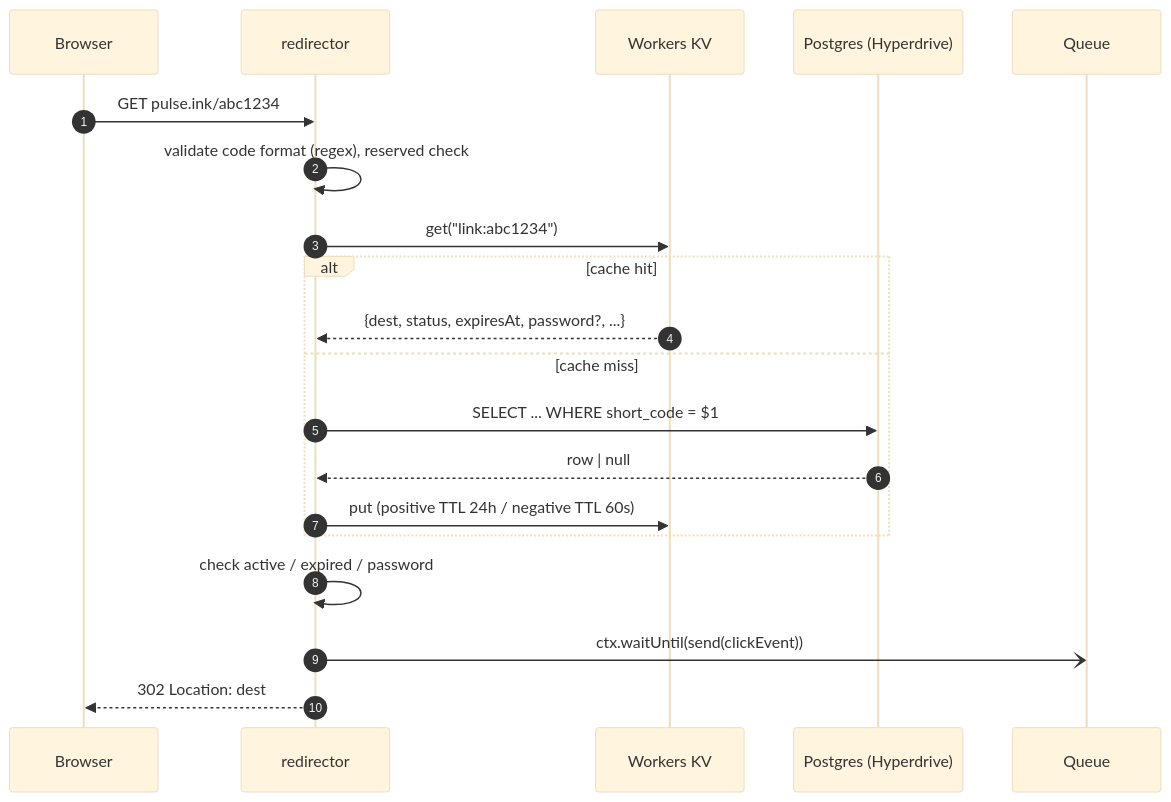
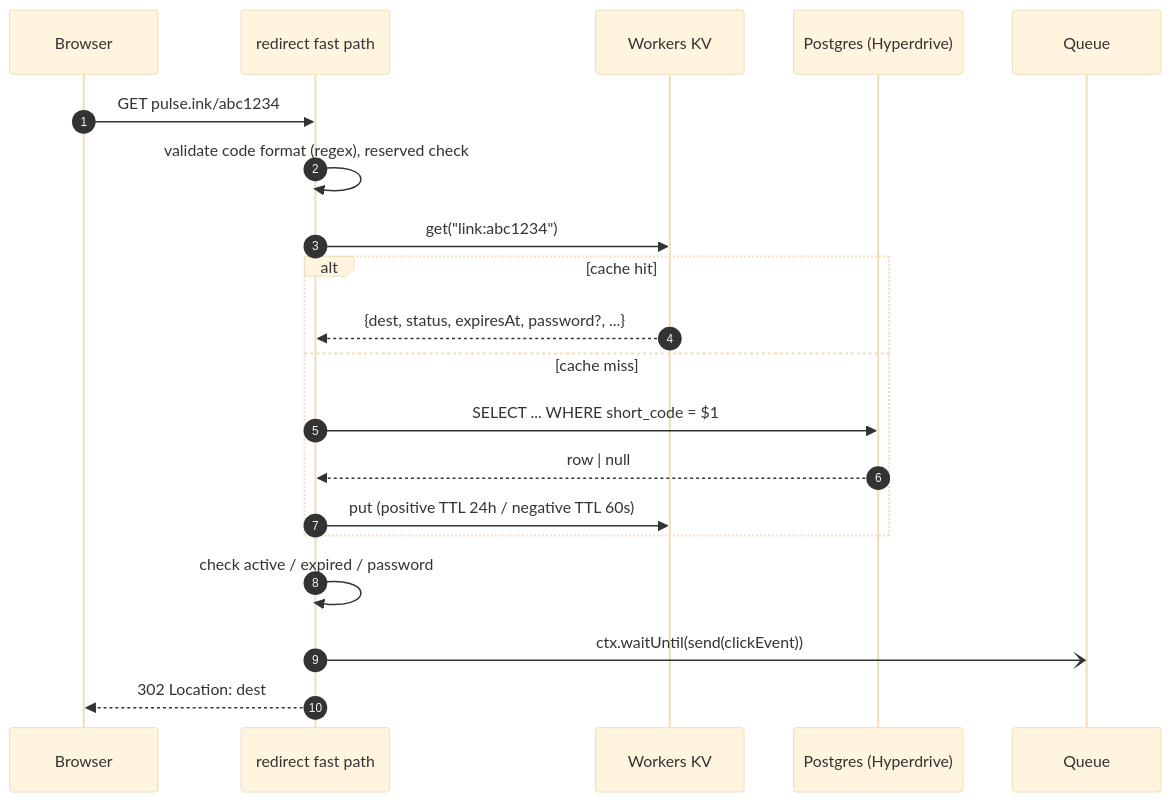
The second of 6 diagrams in docs/ARCHITECTURE.md (devxsameer/pulse), drawn with Mermaid (base theme) before and after one commit. The commit also changed other lines of this file and 4 other files, not shown here.

Commit message:
docs: update architecture to reflect the integration of a redirect fast path in the web Worker and add new ADR for this decision

````diff
--- a/docs/ARCHITECTURE.md
+++ b/docs/ARCHITECTURE.md
@@ -244,23 +249,23 @@
 ```mermaid
 sequenceDiagram
     autonumber
     participant B as Browser
-    participant R as redirector
+    participant R as redirect fast path
     participant KV as Workers KV
     participant DB as Postgres (Hyperdrive)
     participant Q as Queue
 
     B->>R: GET pulse.ink/abc1234
     R->>R: validate code format (regex), reserved check
     R->>KV: get("link:abc1234")
     alt cache hit
         KV-->>R: {dest, status, expiresAt, password?, ...}
     else cache miss
         R->>DB: SELECT ... WHERE short_code = $1
         DB-->>R: row | null
         R->>KV: put (positive TTL 24h / negative TTL 60s)
     end
     R->>R: check active / expired / password
     R-)Q: ctx.waitUntil(send(clickEvent))
     R-->>B: 302 Location: dest
 ```
````
